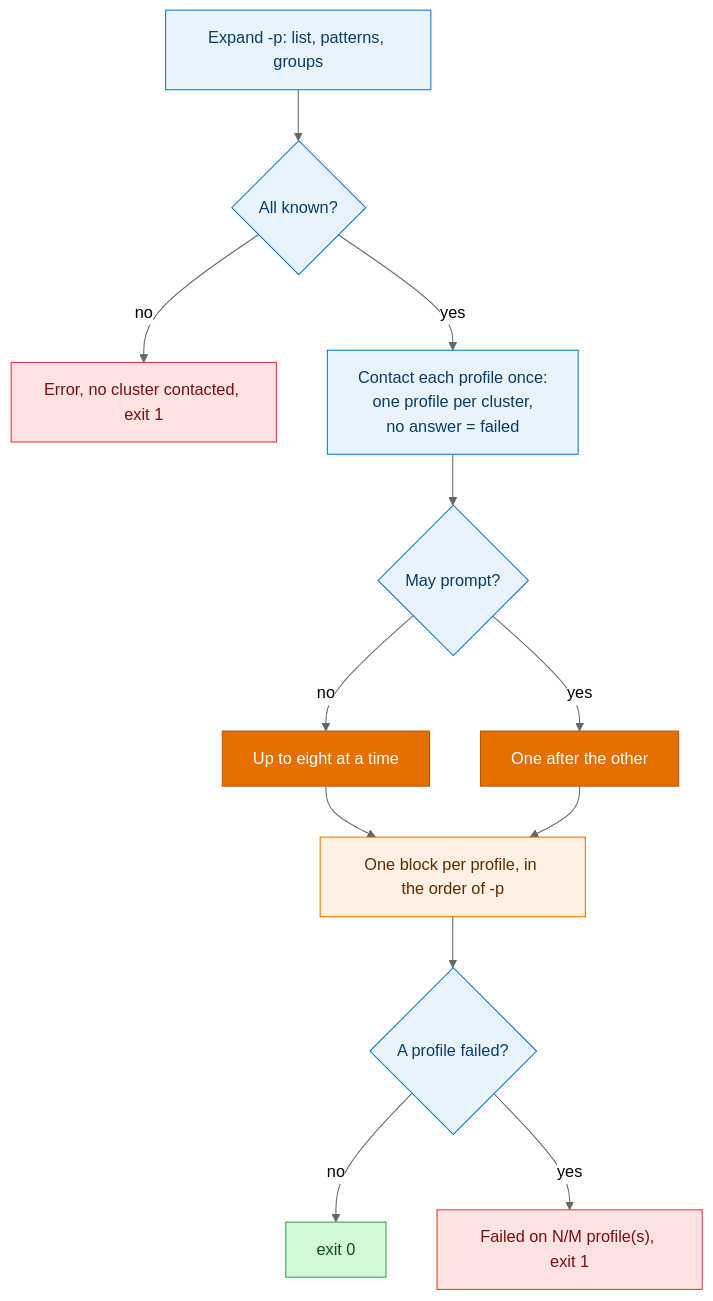
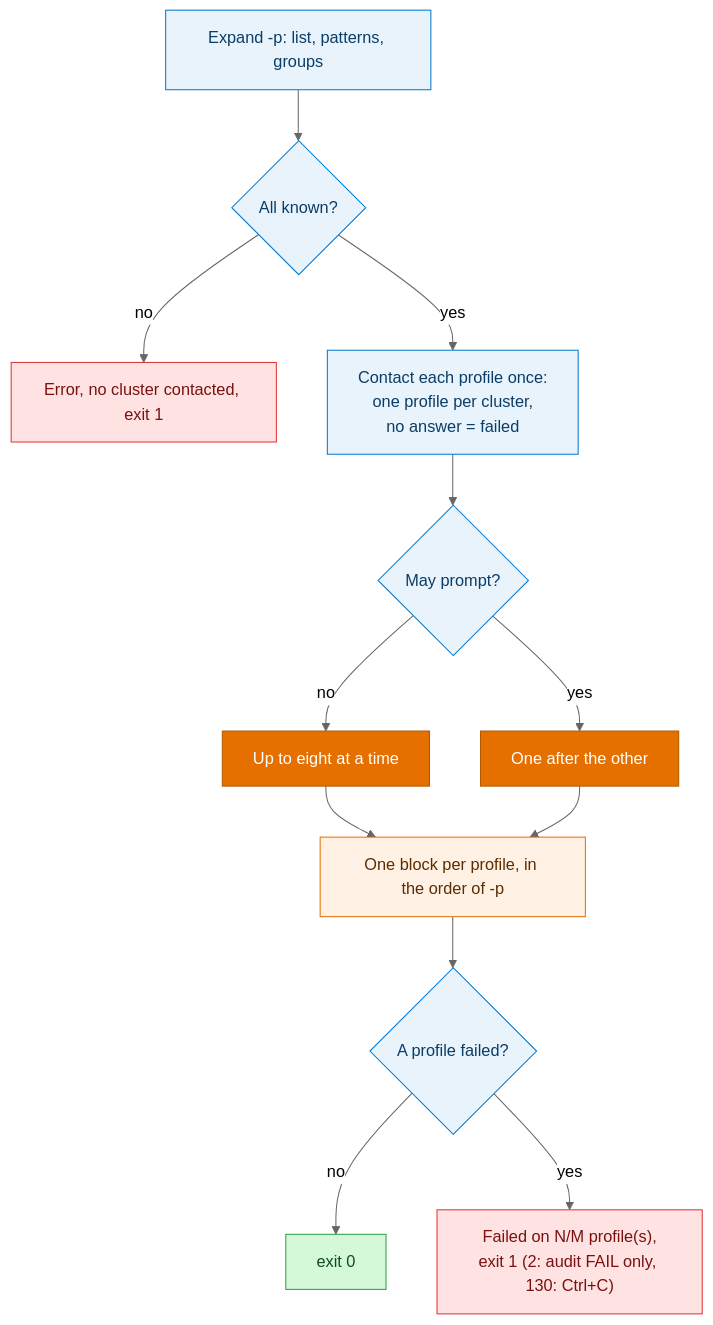
The diagram in docs/fleet/several-clusters.md (Helphyy/pvecli), drawn with Mermaid (neutral theme) before and after one commit. The commit also changed other lines of this file and 36 other files, not shown here.

````diff
--- a/docs/fleet/several-clusters.md
+++ b/docs/fleet/several-clusters.md
@@ -71,20 +71,20 @@
 ```mermaid
 flowchart TD
   A["Expand -p: list, patterns, groups"]:::check --> C{"All known?"}:::check
   C -- no --> X["Error, no cluster contacted, exit 1"]:::stop
   C -- yes --> D["Contact each profile once:<br/>one profile per cluster,<br/>no answer = failed"]:::check
   D --> F{"May prompt?"}:::check
   F -- no --> G["Up to eight at a time"]:::run
   F -- yes --> H["One after the other"]:::run
   G --> I["One block per profile, in the order of -p"]:::step
   H --> I
   I --> J{"A profile failed?"}:::check
   J -- no --> K["exit 0"]:::done
-  J -- yes --> L["Failed on N/M profile(s), exit 1"]:::stop
+  J -- yes --> L["Failed on N/M profile(s),<br/>exit 1 (2: audit FAIL only, 130: Ctrl+C)"]:::stop
 
   classDef check fill:#e8f3fc,stroke:#0078cf,color:#0b3d66
   classDef stop fill:#ffe3e3,stroke:#e03131,color:#7a1010
   classDef run fill:#e57000,stroke:#b35800,color:#ffffff
   classDef step fill:#fff1e3,stroke:#e57000,color:#5c2d00
   classDef done fill:#d3f9d8,stroke:#2f9e44,color:#0f4d1c
 ```
````
